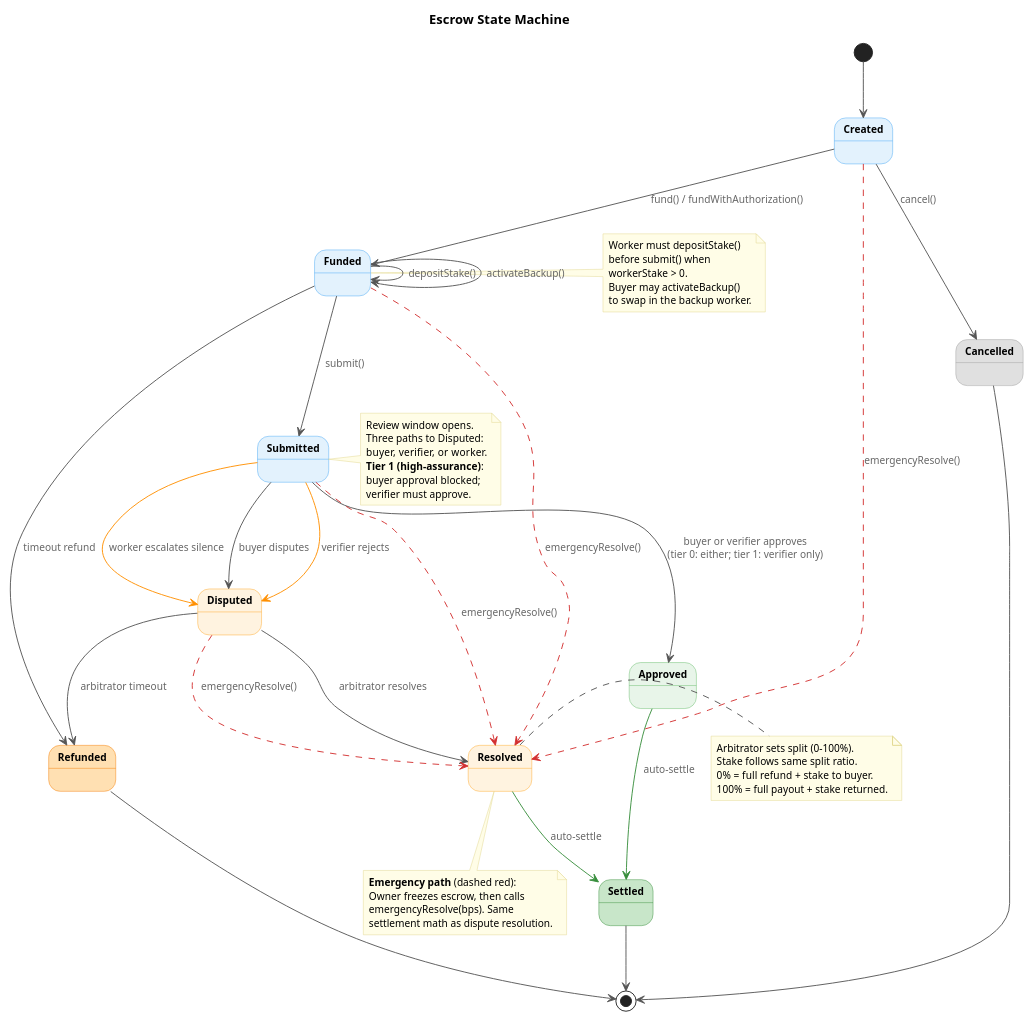
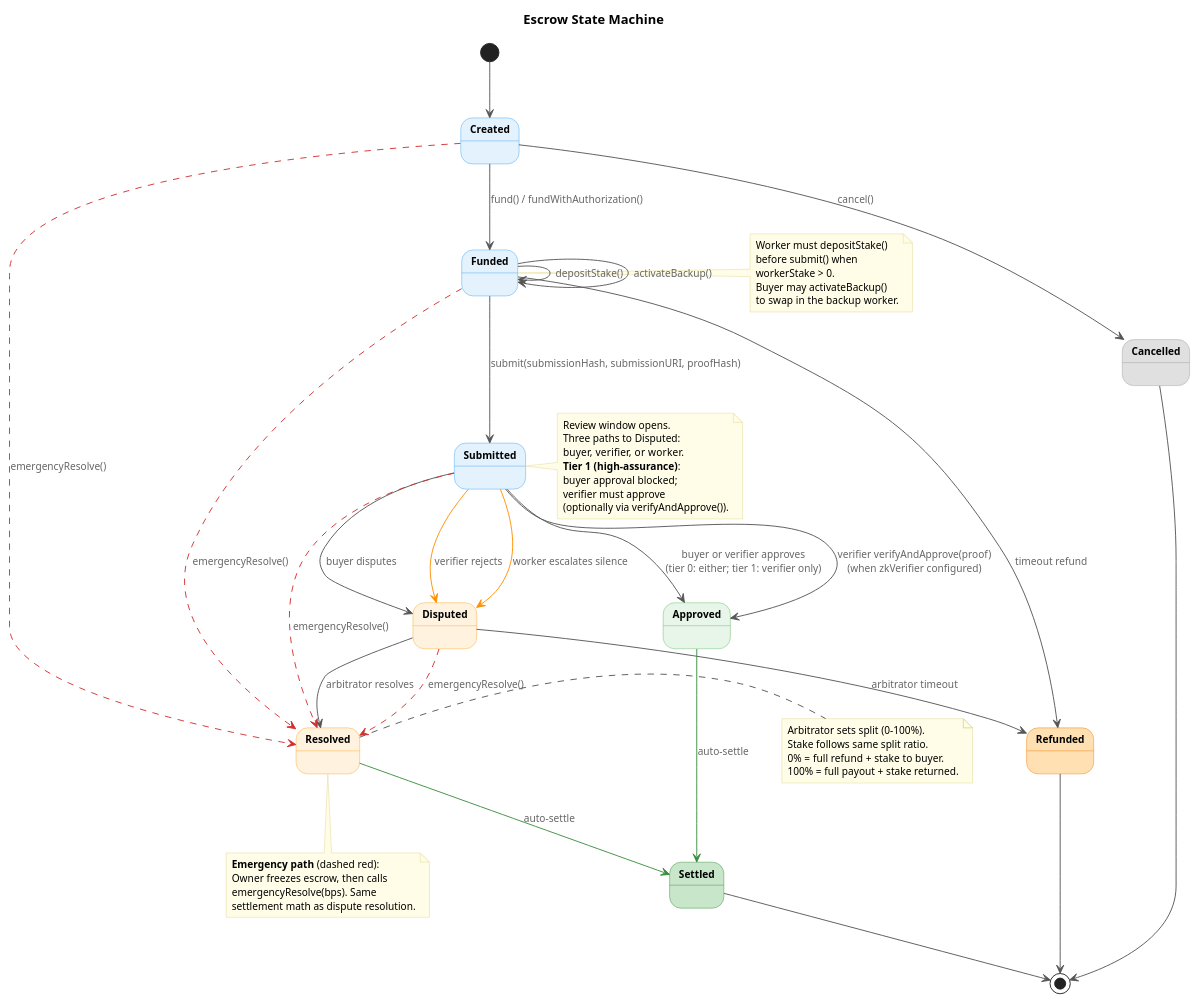
Before and after one commit to eddiefleurent/agent-escrow: the first of 2 diagrams in docs/diagrams/state-machine.puml, drawn with PlantUML. The commit also changed other lines of this file and 52 other files, not shown here.

```diff
--- a/docs/diagrams/state-machine.puml
+++ b/docs/diagrams/state-machine.puml
@@ -1,97 +1,99 @@
 @startuml state-machine
 skinparam backgroundColor #FFFFFF
 skinparam defaultFontName "Helvetica"
 skinparam defaultFontSize 13
 skinparam shadowing false
 skinparam ArrowColor #555555
 skinparam ArrowFontSize 11
 skinparam ArrowFontColor #666666
 
 skinparam state {
   FontSize 14
   FontStyle bold
   AttributeFontSize 11
 }
 
 skinparam note {
   BackgroundColor #FFFDE7
   BorderColor #E0D68A
   FontSize 11
 }
 
 title Escrow State Machine
 
 state Created #E3F2FD ##42A5F5
 state Funded #E3F2FD ##42A5F5
 state Submitted #E3F2FD ##42A5F5
 state Approved #E8F5E9 ##66BB6A
 state Disputed #FFF3E0 ##FFA726
 state Resolved #FFF3E0 ##FFA726
 
 state Settled #C8E6C9 ##388E3C
 state Refunded #FFE0B2 ##F57C00
 state Cancelled #E0E0E0 ##9E9E9E
 
 [*] --> Created
 
 Created --> Funded : fund() / fundWithAuthorization()
 Created --> Cancelled : cancel()
 
 Funded --> Funded : depositStake()
 Funded --> Funded : activateBackup()
-Funded --> Submitted : submit()
+Funded --> Submitted : submit(submissionHash, submissionURI, proofHash)
 Funded --> Refunded : timeout refund
 
 Submitted --> Approved : buyer or verifier approves\n(tier 0: either; tier 1: verifier only)
+Submitted --> Approved : verifier verifyAndApprove(proof)\n(when zkVerifier configured)
 Submitted --> Disputed : buyer disputes
 Submitted -[#FF8F00]-> Disputed : verifier rejects
 Submitted -[#FF8F00]-> Disputed : worker escalates silence
 
 Disputed --> Resolved : arbitrator resolves
 Disputed --> Refunded : arbitrator timeout
 
 Approved -[#388E3C]-> Settled : auto-settle
 Resolved -[#388E3C]-> Settled : auto-settle
 
 Cancelled --> [*]
 Refunded --> [*]
 Settled --> [*]
 
 ' Emergency response protocol (paper §4.9)
 Created -[#D32F2F,dashed]-> Resolved : emergencyResolve()
 Funded -[#D32F2F,dashed]-> Resolved : emergencyResolve()
 Submitted -[#D32F2F,dashed]-> Resolved : emergencyResolve()
 Disputed -[#D32F2F,dashed]-> Resolved : emergencyResolve()
 
 note right of Funded
   Worker must depositStake()
   before submit() when
   workerStake > 0.
   Buyer may activateBackup()
   to swap in the backup worker.
 end note
 
 note right of Submitted
   Review window opens.
   Three paths to Disputed:
   buyer, verifier, or worker.
   **Tier 1 (high-assurance)**:
   buyer approval blocked;
-  verifier must approve.
+  verifier must approve
+  (optionally via verifyAndApprove()).
 end note
 
 note right of Resolved
   Arbitrator sets split (0-100%).
   Stake follows same split ratio.
   0% = full refund + stake to buyer.
   100% = full payout + stake returned.
 end note
 
 note bottom of Resolved
   **Emergency path** (dashed red):
   Owner freezes escrow, then calls
   emergencyResolve(bps). Same
   settlement math as dispute resolution.
 end note
 
 @enduml
```
